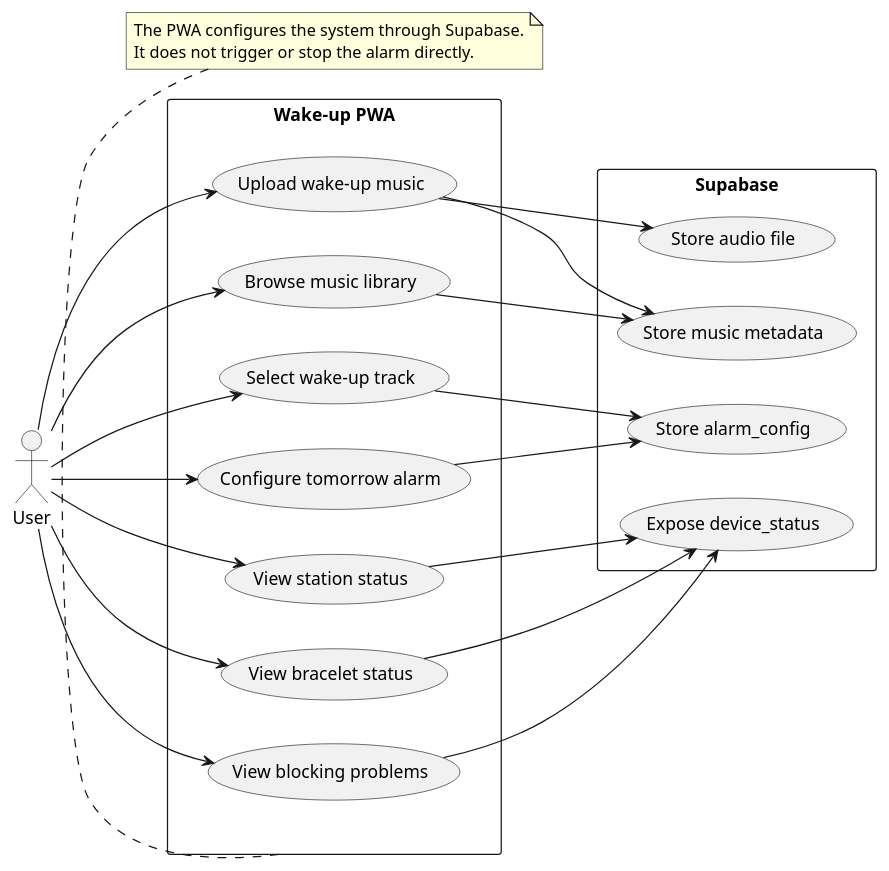
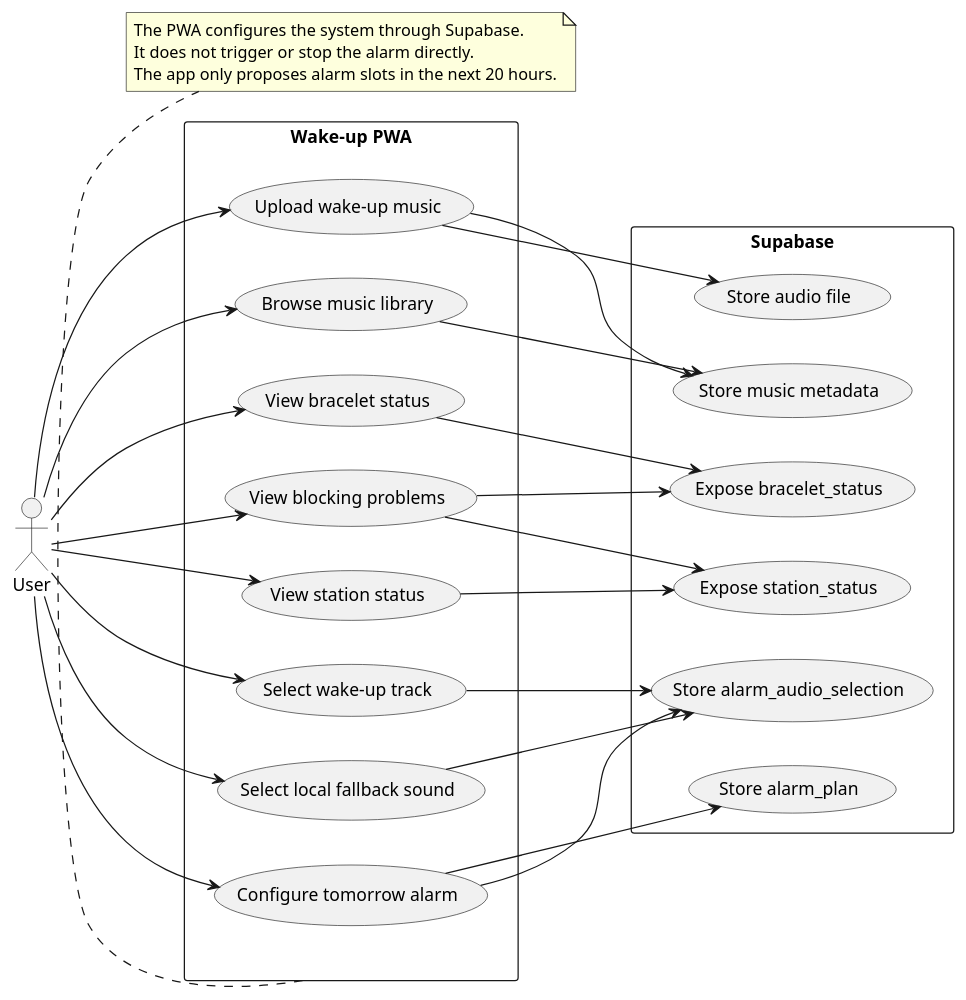
Before and after one commit to Jzn-wbr/Starter: the diagram in code/app mobile/UML/use_cases.puml, drawn with PlantUML. The commit also changed other lines of this file and 16 other files, not shown here.

```diff
--- a/code/app mobile/UML/use_cases.puml
+++ b/code/app mobile/UML/use_cases.puml
@@ -1,47 +1,55 @@
 @startuml
 left to right direction
 skinparam packageStyle rectangle
 skinparam shadowing false
 
 actor "User" as User
 
 rectangle "Wake-up PWA" {
   usecase "Upload wake-up music" as UploadMusic
   usecase "Browse music library" as BrowseMusic
   usecase "Select wake-up track" as SelectTrack
+  usecase "Select local fallback sound" as SelectFallback
   usecase "Configure tomorrow alarm" as ConfigureAlarm
   usecase "View station status" as ViewStationStatus
   usecase "View bracelet status" as ViewBraceletStatus
   usecase "View blocking problems" as ViewProblems
 }
 
 rectangle "Supabase" {
   usecase "Store audio file" as StoreAudio
   usecase "Store music metadata" as StoreMusicMetadata
-  usecase "Store alarm_config" as StoreAlarmConfig
-  usecase "Expose device_status" as ExposeDeviceStatus
+  usecase "Store alarm_plan" as StoreAlarmPlan
+  usecase "Store alarm_audio_selection" as StoreAlarmAudio
+  usecase "Expose station_status" as ExposeStationStatus
+  usecase "Expose bracelet_status" as ExposeBraceletStatus
 }
 
 User --> UploadMusic
 User --> BrowseMusic
 User --> SelectTrack
+User --> SelectFallback
 User --> ConfigureAlarm
 User --> ViewStationStatus
 User --> ViewBraceletStatus
 User --> ViewProblems
 
 UploadMusic --> StoreAudio
 UploadMusic --> StoreMusicMetadata
 BrowseMusic --> StoreMusicMetadata
-SelectTrack --> StoreAlarmConfig
-ConfigureAlarm --> StoreAlarmConfig
-ViewStationStatus --> ExposeDeviceStatus
-ViewBraceletStatus --> ExposeDeviceStatus
-ViewProblems --> ExposeDeviceStatus
+SelectTrack --> StoreAlarmAudio
+SelectFallback --> StoreAlarmAudio
+ConfigureAlarm --> StoreAlarmPlan
+ConfigureAlarm --> StoreAlarmAudio
+ViewStationStatus --> ExposeStationStatus
+ViewBraceletStatus --> ExposeBraceletStatus
+ViewProblems --> ExposeStationStatus
+ViewProblems --> ExposeBraceletStatus
 
 note bottom of "Wake-up PWA"
   The PWA configures the system through Supabase.
   It does not trigger or stop the alarm directly.
+  The app only proposes alarm slots in the next 20 hours.
 end note
 
 @enduml
```
